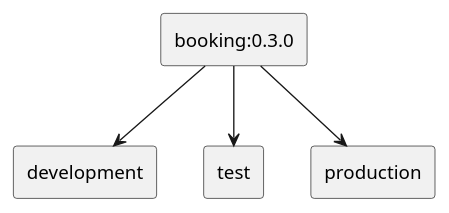
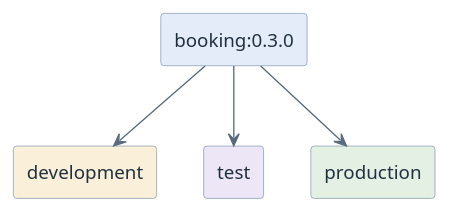
Before and after one commit to htl-leonding-college/curriculum-syp3: the diagram in modules/docker-volumes-config/questions.adoc, drawn with PlantUML. The commit also changed 65 other files, not shown here.

First line of the commit message:
feat(site): give the diagrams a semantic pastel palette

```diff
--- a/modules/docker-volumes-config/questions.adoc
+++ b/modules/docker-volumes-config/questions.adoc
@@ -23,14 +23,17 @@
 [plantuml,q-one-image-many-envs,svg]
 ----
 @startuml
-skinparam monochrome true
+<style>
+element { BackgroundColor #EDF3FA; LineColor #7C93AD; FontColor #21303F }
+arrow { LineColor #5A6B7D; FontColor #21303F }
+</style>
 skinparam shadowing false
-rectangle "booking:0.3.0" as I
-rectangle "development" as D
-rectangle "test" as T
-rectangle "production" as P
+rectangle "booking:0.3.0" as I #E3ECF8
+rectangle "development" as D #FAF0D9
+rectangle "test" as T #ECE6F7
+rectangle "production" as P #E4F0E4
 I -down-> D
 I -down-> T
 I -down-> P
 @enduml
 ----
```
